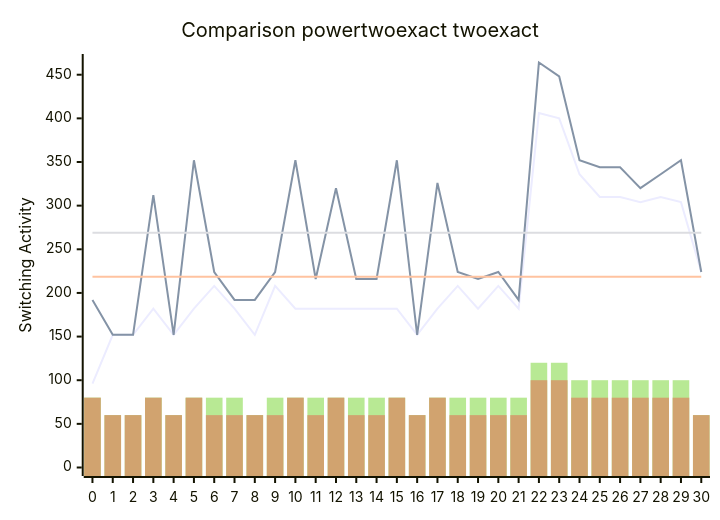
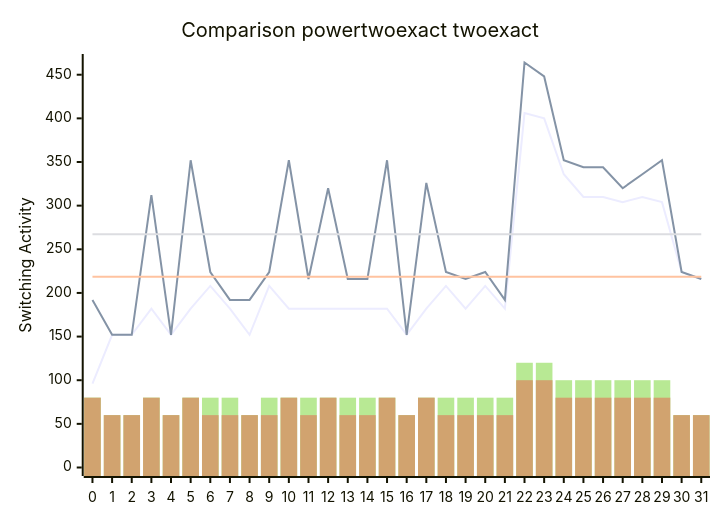
The diagram in benchmark.md (FeldmeierMichael/Exact-Power-Synthesis), drawn with Mermaid before and after one commit. The commit also changed other lines of this file and 2 other files, not shown here.

````diff
--- a/benchmark.md
+++ b/benchmark.md
@@ -63,12 +65,12 @@
 ```mermaid
 xychart-beta
     title "Comparison powertwoexact twoexact"
-    x-axis [0, 1, 2, 3, 4, 5, 6, 7, 8, 9, 10, 11, 12, 13, 14, 15, 16, 17, 18, 19, 20, 21, 22, 23, 24, 25, 26, 27, 28, 29, 30]
+    x-axis [0, 1, 2, 3, 4, 5, 6, 7, 8, 9, 10, 11, 12, 13, 14, 15, 16, 17, 18, 19, 20, 21, 22, 23, 24, 25, 26, 27, 28, 29, 30, 31]
     y-axis "Switching Activity" 0-->464
-    line [96, 152, 152, 182, 152, 182, 208, 182, 152, 208, 182, 182, 182, 182, 182, 182, 152, 182, 208, 182, 208, 182, 406, 400, 336, 310, 310, 304, 310, 304, 224]
-    line [192, 152, 152, 312, 152, 352, 224, 192, 192, 224, 352, 216, 320, 216, 216, 352, 152, 326, 224, 216, 224, 192, 464, 448, 352, 344, 344, 320, 336, 352, 224]
-    line [218.58064516129033, 218.58064516129033, 218.58064516129033, 218.58064516129033, 218.58064516129033, 218.58064516129033, 218.58064516129033, 218.58064516129033, 218.58064516129033, 218.58064516129033, 218.58064516129033, 218.58064516129033, 218.58064516129033, 218.58064516129033, 218.58064516129033, 218.58064516129033, 218.58064516129033, 218.58064516129033, 218.58064516129033, 218.58064516129033, 218.58064516129033, 218.58064516129033, 218.58064516129033, 218.58064516129033, 218.58064516129033, 218.58064516129033, 218.58064516129033, 218.58064516129033, 218.58064516129033, 218.58064516129033, 218.58064516129033]
-    line [268.83870967741933, 268.83870967741933, 268.83870967741933, 268.83870967741933, 268.83870967741933, 268.83870967741933, 268.83870967741933, 268.83870967741933, 268.83870967741933, 268.83870967741933, 268.83870967741933, 268.83870967741933, 268.83870967741933, 268.83870967741933, 268.83870967741933, 268.83870967741933, 268.83870967741933, 268.83870967741933, 268.83870967741933, 268.83870967741933, 268.83870967741933, 268.83870967741933, 268.83870967741933, 268.83870967741933, 268.83870967741933, 268.83870967741933, 268.83870967741933, 268.83870967741933, 268.83870967741933, 268.83870967741933, 268.83870967741933]
-    bar [80, 60, 60, 80, 60, 80, 80, 80, 60, 80, 80, 80, 80, 80, 80, 80, 60, 80, 80, 80, 80, 80, 120, 120, 100, 100, 100, 100, 100, 100, 60]
-    bar [80, 60, 60, 80, 60, 80, 60, 60, 60, 60, 80, 60, 80, 60, 60, 80, 60, 80, 60, 60, 60, 60, 100, 100, 80, 80, 80, 80, 80, 80, 60]
+    line [96, 152, 152, 182, 152, 182, 208, 182, 152, 208, 182, 182, 182, 182, 182, 182, 152, 182, 208, 182, 208, 182, 406, 400, 336, 310, 310, 304, 310, 304, 224, 216]
+    line [192, 152, 152, 312, 152, 352, 224, 192, 192, 224, 352, 216, 320, 216, 216, 352, 152, 326, 224, 216, 224, 192, 464, 448, 352, 344, 344, 320, 336, 352, 224, 216]
+    line [218.5, 218.5, 218.5, 218.5, 218.5, 218.5, 218.5, 218.5, 218.5, 218.5, 218.5, 218.5, 218.5, 218.5, 218.5, 218.5, 218.5, 218.5, 218.5, 218.5, 218.5, 218.5, 218.5, 218.5, 218.5, 218.5, 218.5, 218.5, 218.5, 218.5, 218.5, 218.5]
+    line [267.1875, 267.1875, 267.1875, 267.1875, 267.1875, 267.1875, 267.1875, 267.1875, 267.1875, 267.1875, 267.1875, 267.1875, 267.1875, 267.1875, 267.1875, 267.1875, 267.1875, 267.1875, 267.1875, 267.1875, 267.1875, 267.1875, 267.1875, 267.1875, 267.1875, 267.1875, 267.1875, 267.1875, 267.1875, 267.1875, 267.1875, 267.1875]
+    bar [80, 60, 60, 80, 60, 80, 80, 80, 60, 80, 80, 80, 80, 80, 80, 80, 60, 80, 80, 80, 80, 80, 120, 120, 100, 100, 100, 100, 100, 100, 60, 60]
+    bar [80, 60, 60, 80, 60, 80, 60, 60, 60, 60, 80, 60, 80, 60, 60, 80, 60, 80, 60, 60, 60, 60, 100, 100, 80, 80, 80, 80, 80, 80, 60, 60]
 ```
````
